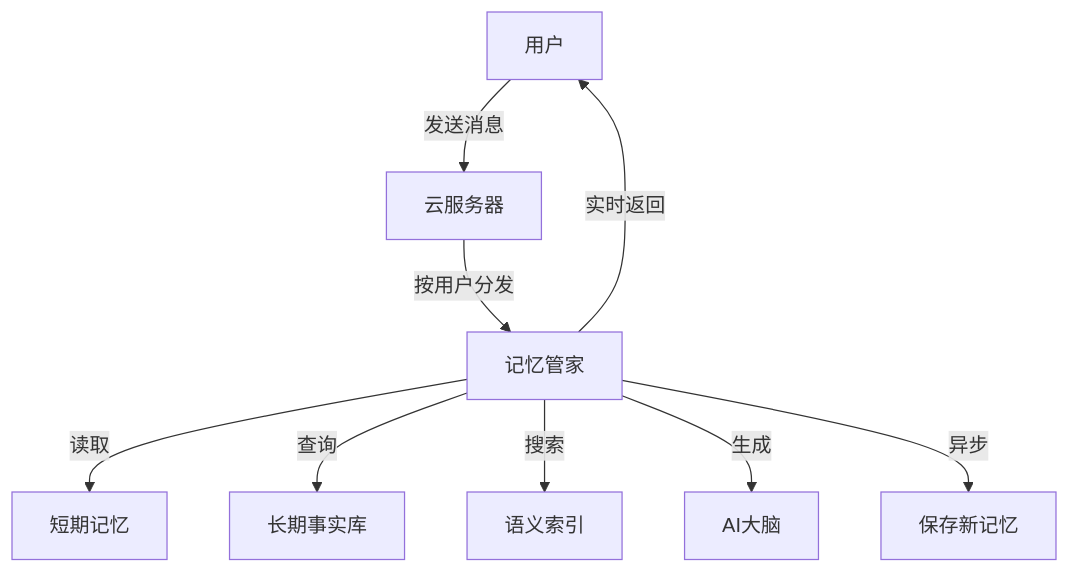
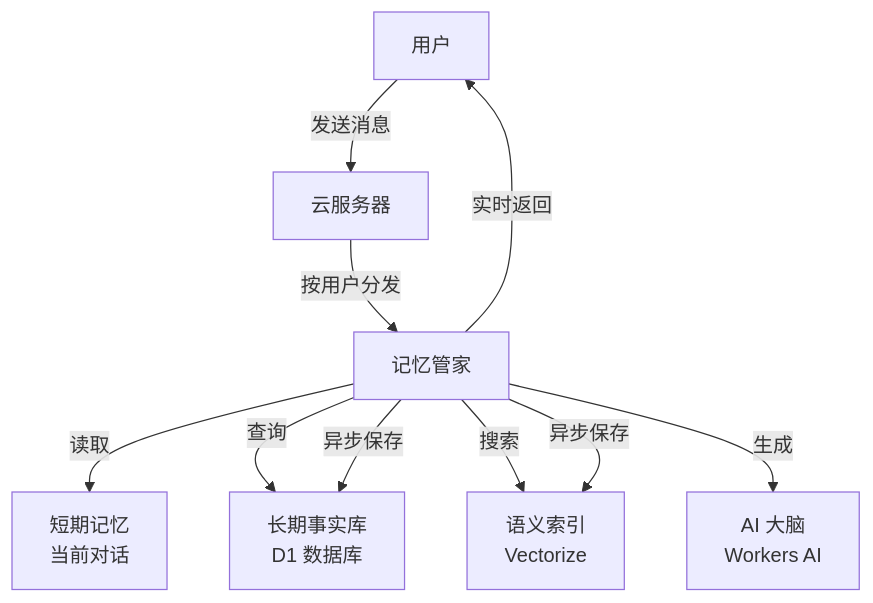
Before and after one commit to Trainspotting31/memory-buddy: the diagram in README.zh-CN.md, drawn with Mermaid. The commit also changed other lines of this file and 1 other file, not shown here.

````diff
--- a/README.zh-CN.md
+++ b/README.zh-CN.md
@@ -23,11 +45,12 @@
 ```mermaid
 flowchart TD
     用户 -->|发送消息| Worker[云服务器]
     Worker -->|按用户分发| DO[记忆管家]
-    DO -->|读取| 短期记忆
-    DO -->|查询| 长期事实库
-    DO -->|搜索| 语义索引
-    DO -->|生成| AI大脑
+    DO -->|读取| 短期记忆[短期记忆<br/>当前对话]
+    DO -->|查询| 长期记忆[长期事实库<br/>D1 数据库]
+    DO -->|搜索| 语义索引[语义索引<br/>Vectorize]
+    DO -->|生成| AI大脑[AI 大脑<br/>Workers AI]
     DO -->|实时返回| 用户
-    DO -->|异步| 保存新记忆
+    DO -->|异步保存| 长期记忆
+    DO -->|异步保存| 语义索引
 ```
````
